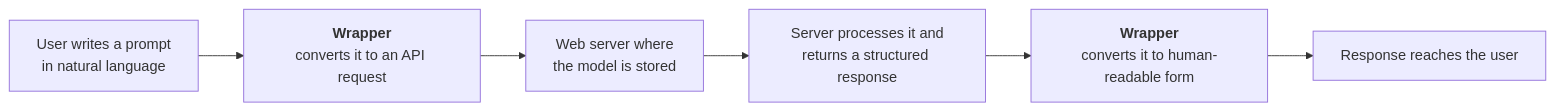
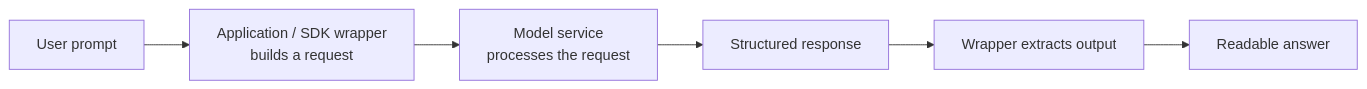
The fourth of 5 diagrams in docs/genai/21-ollama-local-llms.md (sumanth-tp/learn-ai-ml), drawn with Mermaid before and after one commit. The commit also changed other lines of this file and 106 other files, not shown here.

First line of the commit message:
Add SVG diagrams for RAG and Text-to-SQL examples

````diff
--- a/docs/genai/21-ollama-local-llms.md
+++ b/docs/genai/21-ollama-local-llms.md
@@ -395,8 +726,8 @@
 ```mermaid
 flowchart LR
-    U["User writes a prompt<br/>in natural language"] --> W1["<b>Wrapper</b><br/>converts it to an API request"]
-    W1 --> S["Web server where<br/>the model is stored"]
-    S --> R["Server processes it and<br/>returns a structured response"]
-    R --> W2["<b>Wrapper</b><br/>converts it to human-readable form"]
-    W2 --> U2["Response reaches the user"]
+    U["User prompt"] --> W["Application / SDK wrapper<br/>builds a request"]
+    W --> S["Model service<br/>processes the request"]
+    S --> J["Structured response"]
+    J --> R["Wrapper extracts output"]
+    R --> A["Readable answer"]
 ```
````
